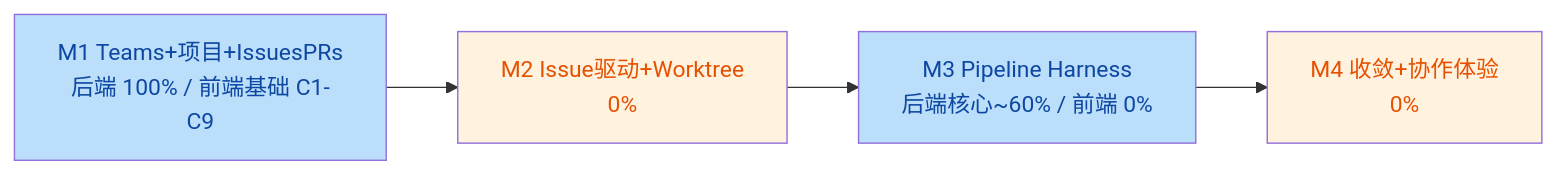
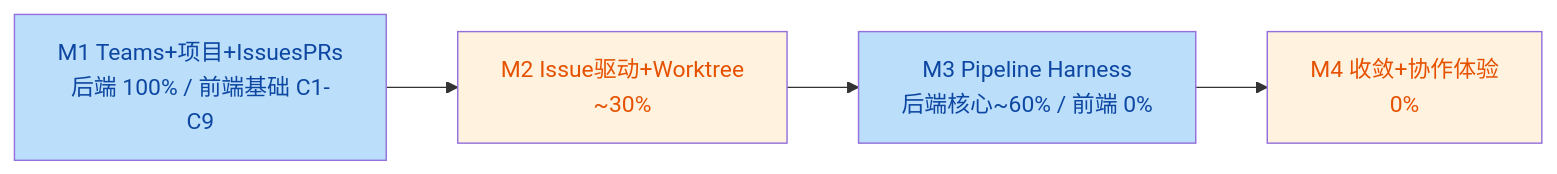
The diagram in docs/team-collaboration/PROGRESS.md (DarwinWDEWEN/rx-cli), drawn with Mermaid before and after one commit. The commit also changed other lines of this file and 11 other files, not shown here.

````diff
--- a/docs/team-collaboration/PROGRESS.md
+++ b/docs/team-collaboration/PROGRESS.md
@@ -10,10 +10,10 @@
 ```mermaid
 flowchart LR
-    M1[M1 Teams+项目+IssuesPRs<br/>后端 100% / 前端基础 C1-C9] --> M2[M2 Issue驱动+Worktree<br/>0%]
+    M1[M1 Teams+项目+IssuesPRs<br/>后端 100% / 前端基础 C1-C9] --> M2[M2 Issue驱动+Worktree<br/>~30%]
     M2 --> M3[M3 Pipeline Harness<br/>后端核心~60% / 前端 0%]
     M3 --> M4[M4 收敛+协作体验<br/>0%]
     style M1 fill:#bbdefb,color:#0d47a1
     style M2 fill:#fff3e0,color:#e65100
     style M3 fill:#bbdefb,color:#0d47a1
     style M4 fill:#fff3e0,color:#e65100
 ```
````
